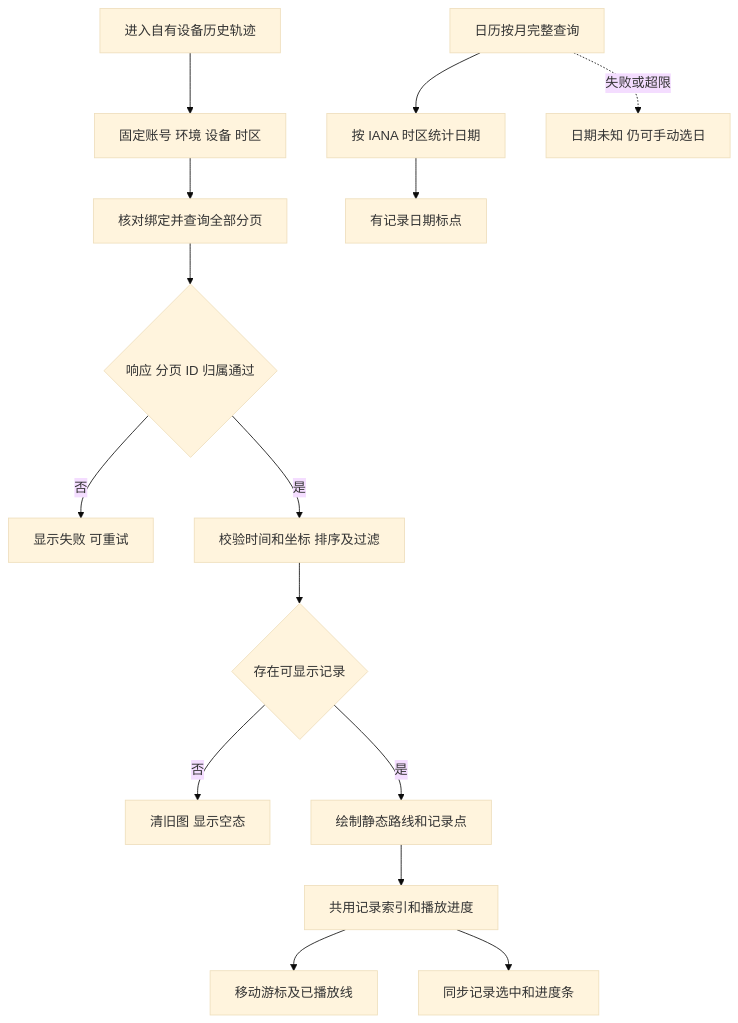
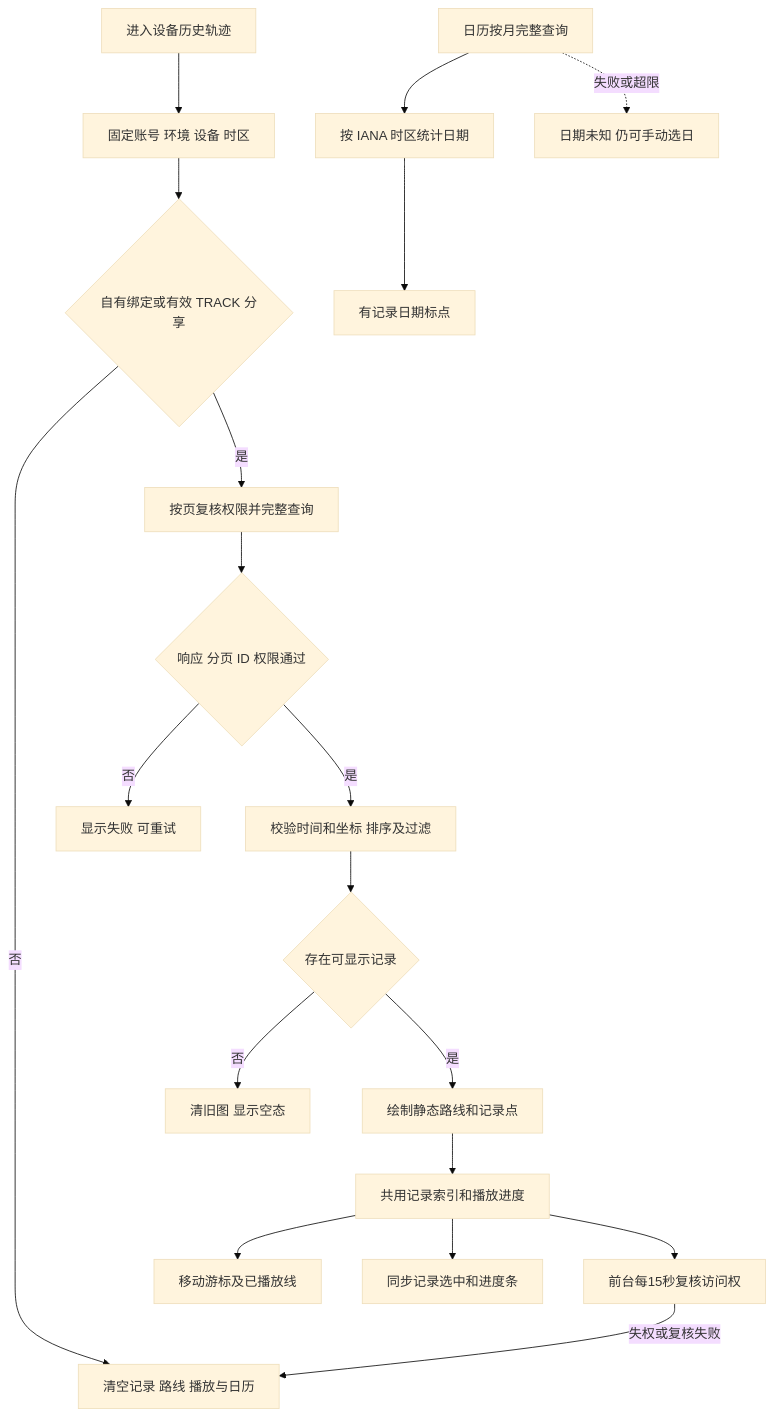
The diagram in guides/history-track-flow.mmd (jarLiao/eview-connect-c-app-prototype), drawn with Mermaid (base theme) before and after one commit. The commit also changed 29 other files, not shown here.

```diff
--- a/guides/history-track-flow.mmd
+++ b/guides/history-track-flow.mmd
@@ -1,15 +1,19 @@
 flowchart TD
-    A[进入自有设备历史轨迹] --> B[固定账号 环境 设备 时区]
-    B --> C[核对绑定并查询全部分页]
-    C --> D{响应 分页 ID 归属通过}
+    A[进入设备历史轨迹] --> B[固定账号 环境 设备 时区]
+    B --> R{自有绑定或有效 TRACK 分享}
+    R -->|否| Q[清空记录 路线 播放与日历]
+    R -->|是| C[按页复核权限并完整查询]
+    C --> D{响应 分页 ID 权限通过}
     D -->|否| E[显示失败 可重试]
     D -->|是| F[校验时间和坐标 排序及过滤]
     F --> G{存在可显示记录}
     G -->|否| H[清旧图 显示空态]
     G -->|是| I[绘制静态路线和记录点]
     I --> J[共用记录索引和播放进度]
     J --> K[移动游标及已播放线]
     J --> L[同步记录选中和进度条]
+    J --> S[前台每15秒复核访问权]
+    S -->|失权或复核失败| Q
     M[日历按月完整查询] --> N[按 IANA 时区统计日期]
     N --> O[有记录日期标点]
     M -.失败或超限.-> P[日期未知 仍可手动选日]
```
